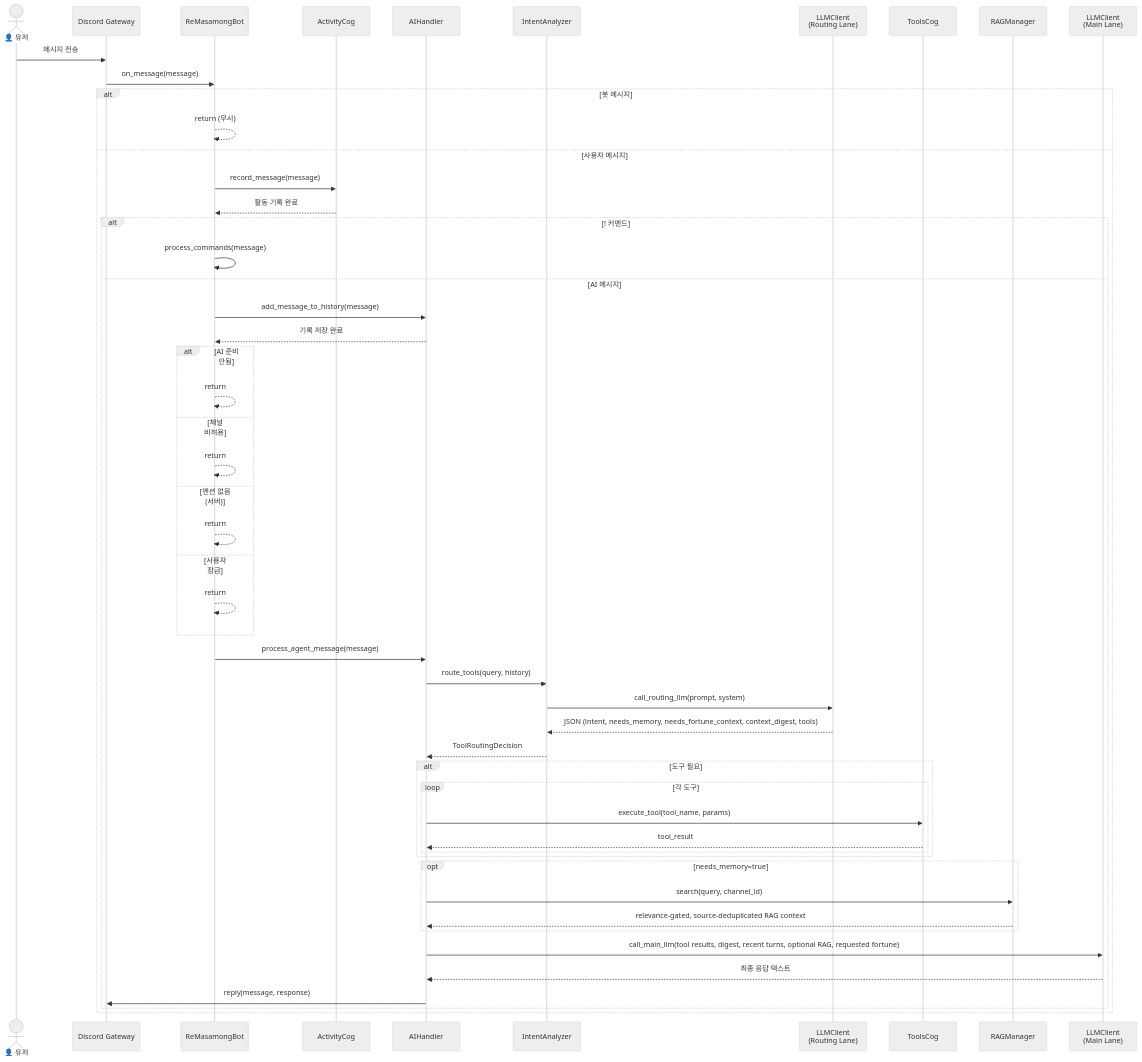
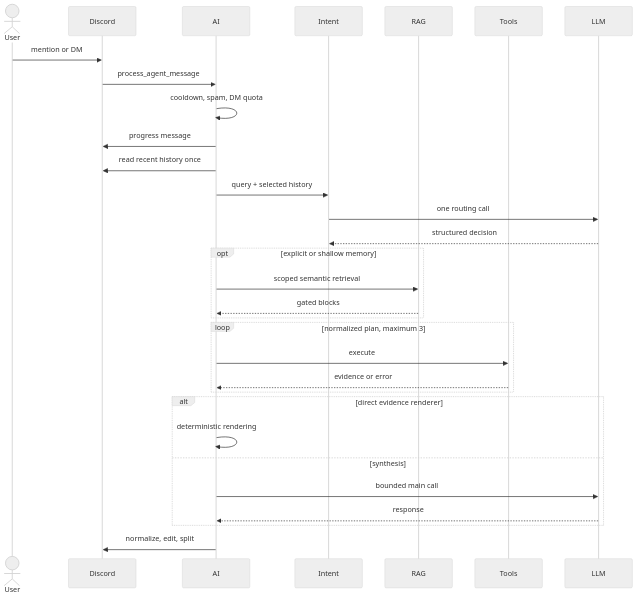
One commit to kim0040/masamong changed the third of 11 diagrams in docs/UML_SPEC.en.md. Above: the diagram before and after it, drawn with Mermaid (neutral theme). The commit also changed other lines of this file and 47 other files, not shown here.

````diff
--- a/docs/UML_SPEC.en.md
+++ b/docs/UML_SPEC.en.md
@@ -415,64 +115,34 @@
 ```mermaid
 sequenceDiagram
-    actor User as 👤 유저
-    participant Discord as Discord Gateway
-    participant Bot as ReMasamongBot
-    participant Activity as ActivityCog
-    participant AI as AIHandler
-    participant Intent as IntentAnalyzer
-    participant Routing as LLMClient<br/>(Routing Lane)
-    participant Tools as ToolsCog
-    participant RAG as RAGManager
-    participant Main as LLMClient<br/>(Main Lane)
+    actor User
+    participant Discord
+    participant AI
+    participant Intent
+    participant RAG
+    participant Tools
+    participant LLM
 
-    User->>Discord: 메시지 전송
-    Discord->>Bot: on_message(message)
-
-    alt 봇 메시지
-        Bot-->>Bot: return (무시)
-    else 사용자 메시지
-        Bot->>Activity: record_message(message)
-        Activity-->>Bot: 활동 기록 완료
-
-        alt ! 커맨드
-            Bot->>Bot: process_commands(message)
-        else AI 메시지
-            Bot->>AI: add_message_to_history(message)
-            AI-->>Bot: 기록 저장 완료
-
-            alt AI 준비 안됨
-                Bot-->>Bot: return
-            else 채널 비허용
-                Bot-->>Bot: return
-            else 멘션 없음 (서버)
-                Bot-->>Bot: return
-            else 사용자 잠금
-                Bot-->>Bot: return
-            end
-
-            Bot->>AI: process_agent_message(message)
-
-            AI->>Intent: route_tools(query, history)
-            Intent->>Routing: call_routing_llm(prompt, system)
-            Routing-->>Intent: JSON (intent, needs_memory, needs_fortune_context, context_digest, tools)
-            Intent-->>AI: ToolRoutingDecision
-
-            alt 도구 필요
-                loop 각 도구
-                    AI->>Tools: execute_tool(tool_name, params)
-                    Tools-->>AI: tool_result
-                end
-            end
-
-            opt needs_memory=true
-                AI->>RAG: search(query, channel_id)
-                RAG-->>AI: relevance-gated, source-deduplicated RAG context
-            end
-
-            AI->>Main: call_main_llm(tool results, digest, recent turns, optional RAG, requested fortune)
-            Main-->>AI: 최종 응답 텍스트
-
-            AI->>Discord: reply(message, response)
-        end
+    User->>Discord: mention or DM
+    Discord->>AI: process_agent_message
+    AI->>AI: cooldown, spam, DM quota
+    AI->>Discord: progress message
+    AI->>Discord: read recent history once
+    AI->>Intent: query + selected history
+    Intent->>LLM: one routing call
+    LLM-->>Intent: structured decision
+    opt explicit or shallow memory
+        AI->>RAG: scoped semantic retrieval
+        RAG-->>AI: gated blocks
     end
+    loop normalized plan, maximum 3
+        AI->>Tools: execute
+        Tools-->>AI: evidence or error
+    end
+    alt direct evidence renderer
+        AI->>AI: deterministic rendering
+    else synthesis
+        AI->>LLM: bounded main call
+        LLM-->>AI: response
+    end
+    AI->>Discord: normalize, edit, split
 ```
````
